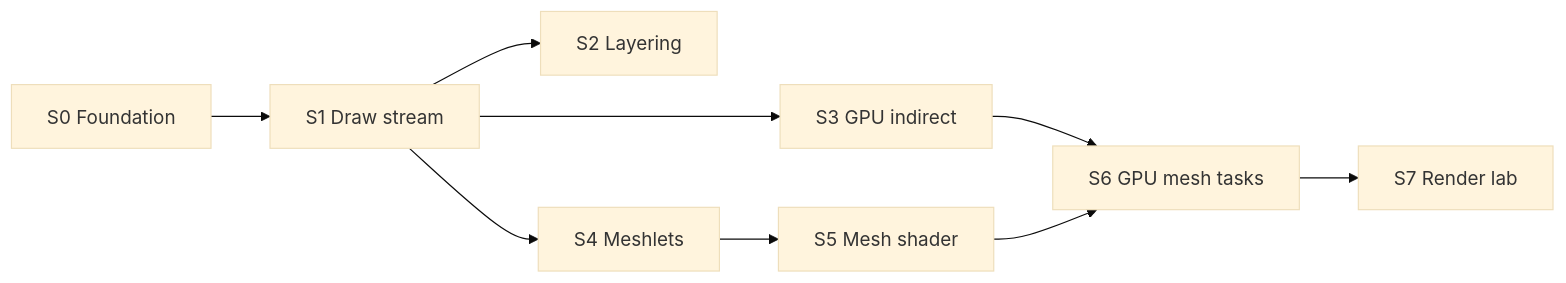
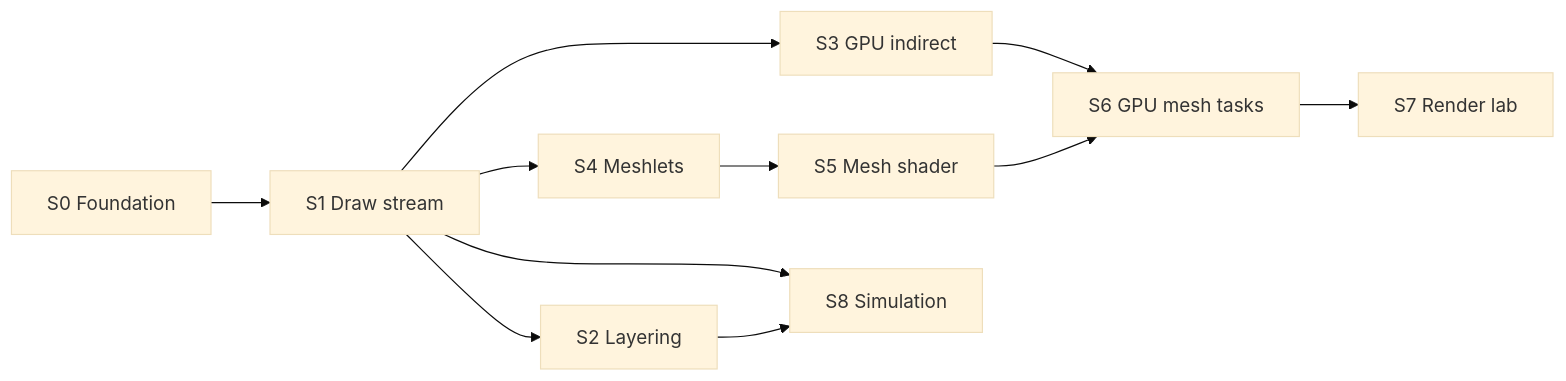
One commit to PluseggWill/SiriusEngine_VulkanReboot changed the first of 3 diagrams in Docs/SprintPlan.md. Above: the diagram before and after it, drawn with Mermaid (base theme). The commit also changed other lines of this file and 4 other files, not shown here.

First line of the commit message:
[Docs] Expand roadmap epics and sync engine architecture.

````diff
--- a/Docs/SprintPlan.md
+++ b/Docs/SprintPlan.md
@@ -35,11 +36,13 @@
 ```mermaid
 flowchart LR
   S0[S0 Foundation] --> S1[S1 Draw stream]
   S1 --> S2[S2 Layering]
   S1 --> S3[S3 GPU indirect]
   S1 --> S4[S4 Meshlets]
   S4 --> S5[S5 Mesh shader]
   S3 --> S6[S6 GPU mesh tasks]
   S5 --> S6
   S6 --> S7[S7 Render lab]
+  S1 --> S8[S8 Simulation]
+  S2 --> S8
 ```
````
